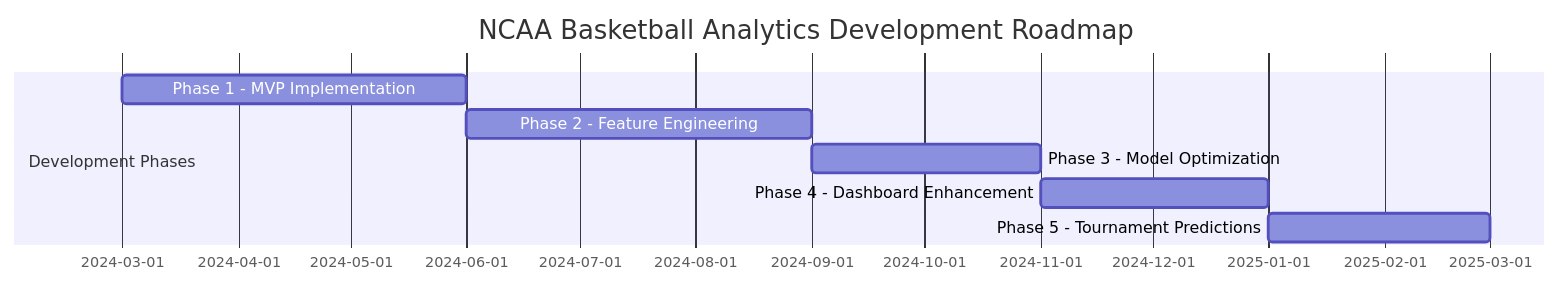
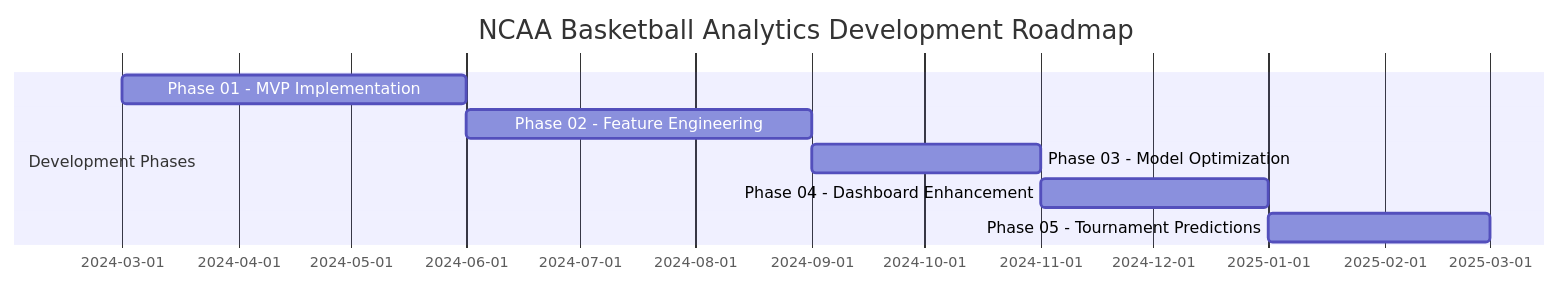
Before and after one commit to tim-mcdonnell/ncaa-basketball-analytics: the diagram in docs/architecture/development-phases.md, drawn with Mermaid. The commit also changed other lines of this file and 11 other files, not shown here.

````diff
--- a/docs/architecture/development-phases.md
+++ b/docs/architecture/development-phases.md
@@ -7,11 +7,11 @@
 ```mermaid
 gantt
     title NCAA Basketball Analytics Development Roadmap
     dateFormat  YYYY-MM
     section Development Phases
-    Phase 1 - MVP Implementation    :a1, 2024-03, 3M
-    Phase 2 - Feature Engineering   :a2, after a1, 3M
-    Phase 3 - Model Optimization    :a3, after a2, 2M
-    Phase 4 - Dashboard Enhancement :a4, after a3, 2M
-    Phase 5 - Tournament Predictions:a5, after a4, 2M
+    Phase 01 - MVP Implementation    :a1, 2024-03, 3M
+    Phase 02 - Feature Engineering   :a2, after a1, 3M
+    Phase 03 - Model Optimization    :a3, after a2, 2M
+    Phase 04 - Dashboard Enhancement :a4, after a3, 2M
+    Phase 05 - Tournament Predictions:a5, after a4, 2M
 ```
````
